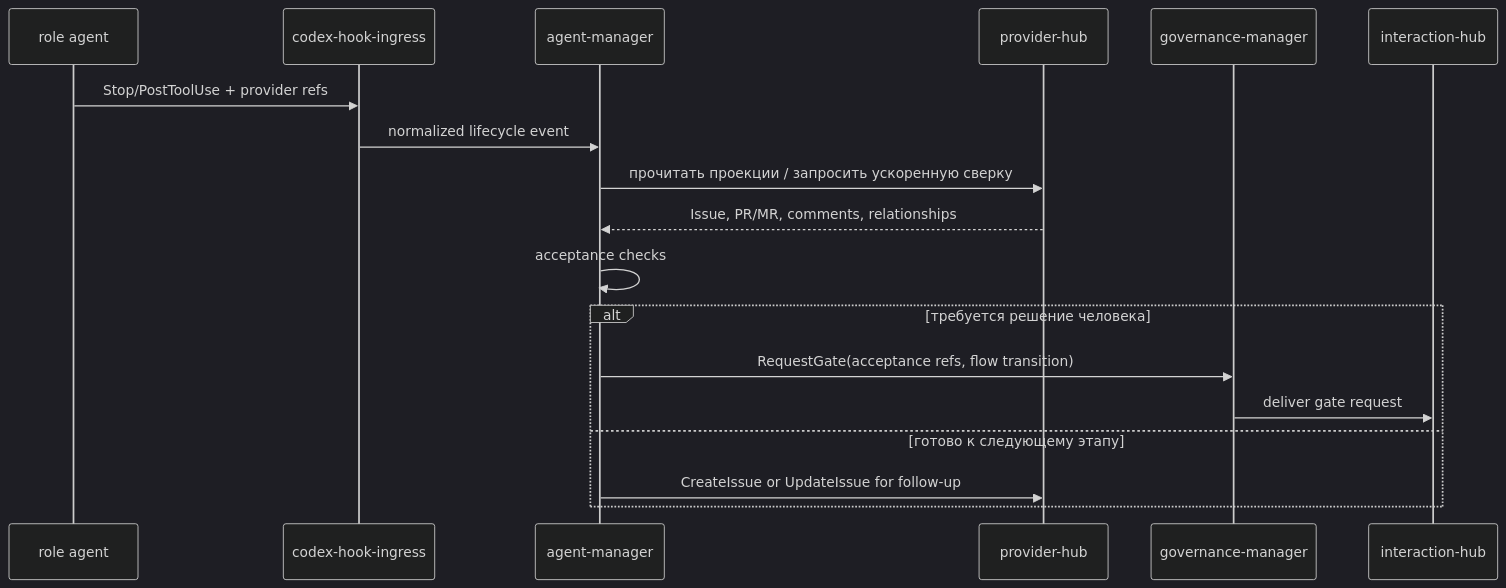
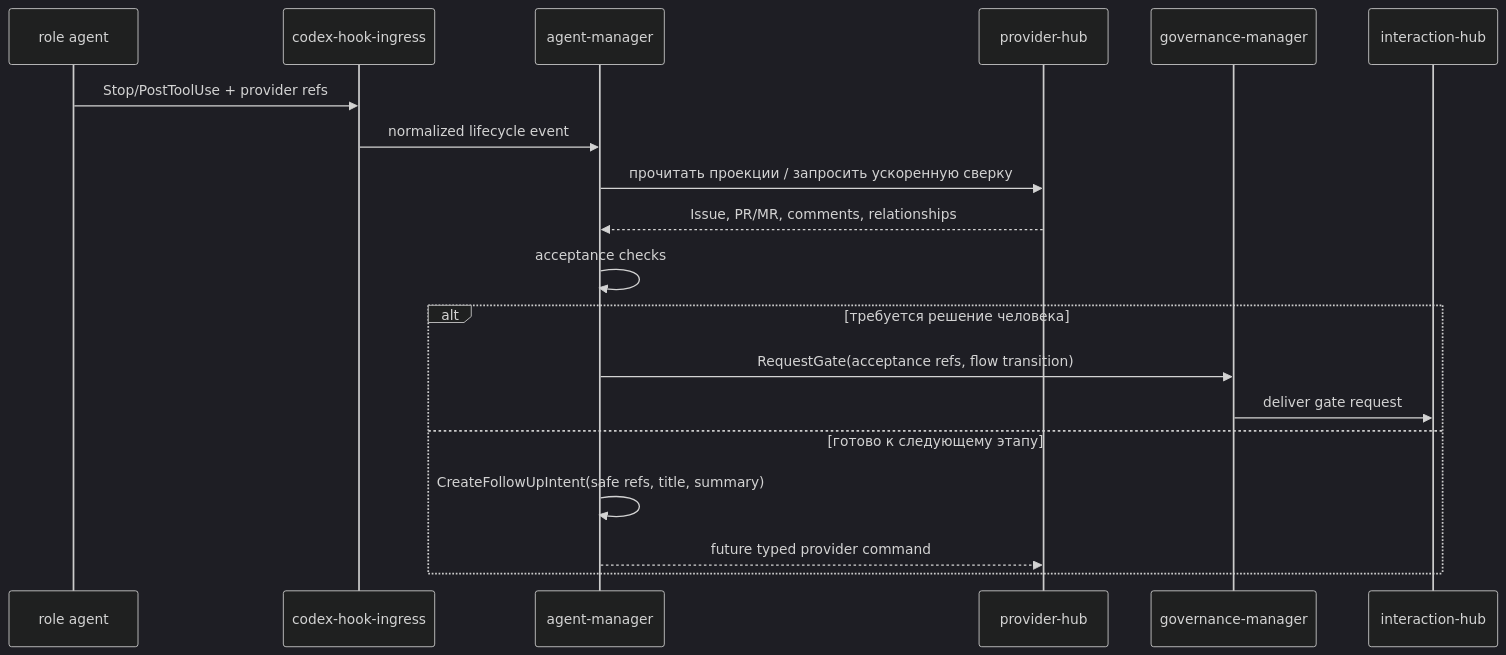
The third of 3 diagrams in docs/domains/agent-orchestration/architecture/design.md (codex-k8s/kodex), drawn with Mermaid (dark theme) before and after one commit. The commit also changed other lines of this file and 29 other files, not shown here.

Commit message:
Implement agent follow-up intent lifecycle

````diff
--- a/docs/domains/agent-orchestration/architecture/design.md
+++ b/docs/domains/agent-orchestration/architecture/design.md
@@ -119,20 +119,21 @@
 ```mermaid
 sequenceDiagram
   participant Runner as role agent
   participant Hooks as codex-hook-ingress
   participant AM as agent-manager
   participant PH as provider-hub
   participant GOV as governance-manager
   participant IH as interaction-hub
   Runner->>Hooks: Stop/PostToolUse + provider refs
   Hooks->>AM: normalized lifecycle event
   AM->>PH: прочитать проекции / запросить ускоренную сверку
   PH-->>AM: Issue, PR/MR, comments, relationships
   AM->>AM: acceptance checks
   alt требуется решение человека
     AM->>GOV: RequestGate(acceptance refs, flow transition)
     GOV->>IH: deliver gate request
   else готово к следующему этапу
-    AM->>PH: CreateIssue or UpdateIssue for follow-up
+    AM->>AM: CreateFollowUpIntent(safe refs, title, summary)
+    AM-->>PH: future typed provider command
   end
 ```
````
